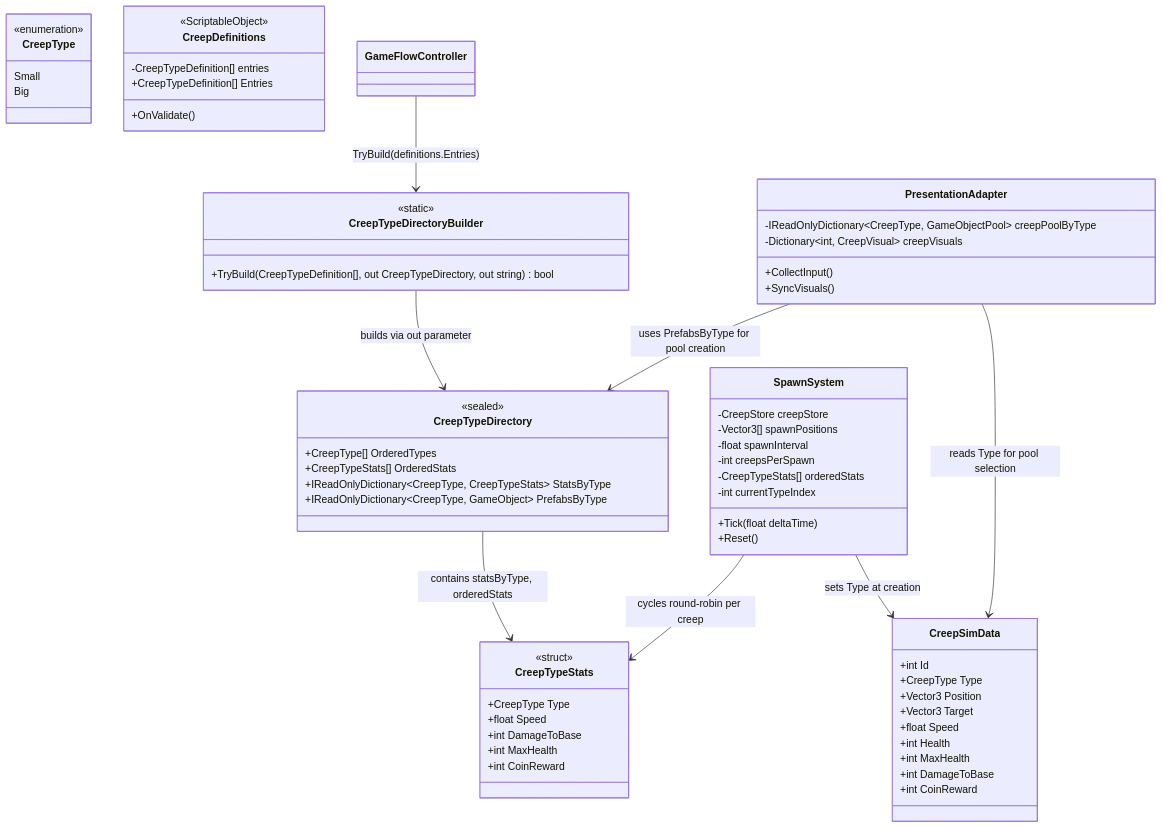
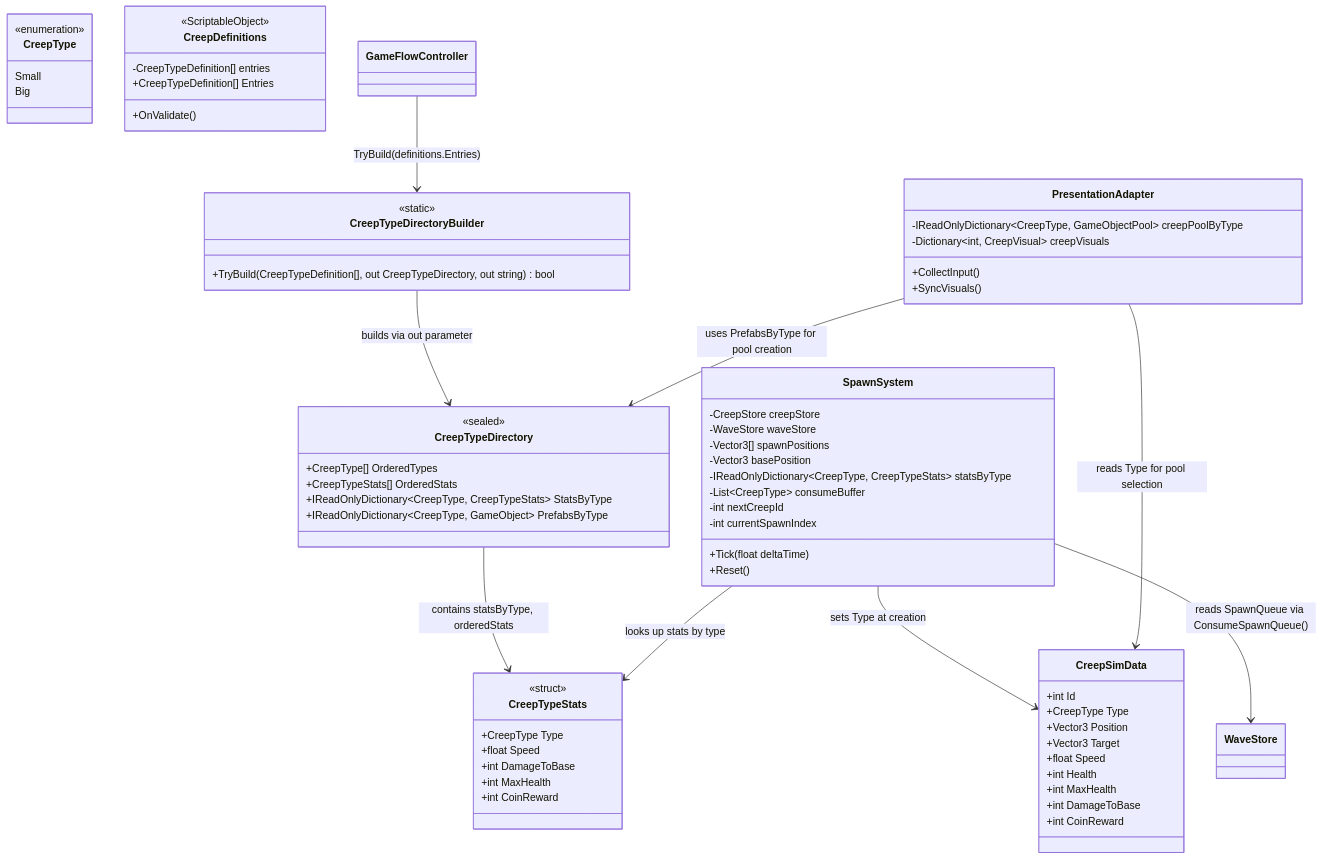
Before and after one commit to Number10Ox/MorlocsTowerDefense: diagram 18 of 20 in Docs/Architecture-Diagrams.md, drawn with Mermaid. The commit also changed other lines of this file and 39 other files, not shown here.

First line of the commit message:
Implement Story 9: Wave System & Win Condition

````diff
--- a/Docs/Architecture-Diagrams.md
+++ b/Docs/Architecture-Diagrams.md
@@ -1372,75 +1381,78 @@
 ```mermaid
 classDiagram
     class CreepType {
         <<enumeration>>
         Small
         Big
     }
 
     class CreepTypeStats {
         <<struct>>
         +CreepType Type
         +float Speed
         +int DamageToBase
         +int MaxHealth
         +int CoinReward
     }
 
     class CreepDefinitions {
         <<ScriptableObject>>
         -CreepTypeDefinition[] entries
         +CreepTypeDefinition[] Entries
         +OnValidate()
     }
 
     class CreepTypeDirectoryBuilder {
         <<static>>
         +TryBuild(CreepTypeDefinition[], out CreepTypeDirectory, out string) bool
     }
 
     class CreepTypeDirectory {
         <<sealed>>
         +CreepType[] OrderedTypes
         +CreepTypeStats[] OrderedStats
         +IReadOnlyDictionary~CreepType, CreepTypeStats~ StatsByType
         +IReadOnlyDictionary~CreepType, GameObject~ PrefabsByType
     }
 
     class SpawnSystem {
         -CreepStore creepStore
+        -WaveStore waveStore
         -Vector3[] spawnPositions
-        -float spawnInterval
-        -int creepsPerSpawn
-        -CreepTypeStats[] orderedStats
-        -int currentTypeIndex
+        -Vector3 basePosition
+        -IReadOnlyDictionary~CreepType, CreepTypeStats~ statsByType
+        -List~CreepType~ consumeBuffer
+        -int nextCreepId
+        -int currentSpawnIndex
         +Tick(float deltaTime)
         +Reset()
     }
 
     class CreepSimData {
         +int Id
         +CreepType Type
         +Vector3 Position
         +Vector3 Target
         +float Speed
         +int Health
         +int MaxHealth
         +int DamageToBase
         +int CoinReward
     }
 
     class PresentationAdapter {
         -IReadOnlyDictionary~CreepType, GameObjectPool~ creepPoolByType
         -Dictionary~int, CreepVisual~ creepVisuals
         +CollectInput()
         +SyncVisuals()
     }
 
     GameFlowController --> CreepTypeDirectoryBuilder : TryBuild(definitions.Entries)
     CreepTypeDirectoryBuilder --> CreepTypeDirectory : builds via out parameter
     CreepTypeDirectory --> CreepTypeStats : contains statsByType, orderedStats
-    SpawnSystem --> CreepTypeStats : cycles round-robin per creep
+    SpawnSystem --> WaveStore : reads SpawnQueue via ConsumeSpawnQueue()
+    SpawnSystem --> CreepTypeStats : looks up stats by type
     SpawnSystem --> CreepSimData : sets Type at creation
     PresentationAdapter --> CreepSimData : reads Type for pool selection
     PresentationAdapter --> CreepTypeDirectory : uses PrefabsByType for pool creation
 ```
````
